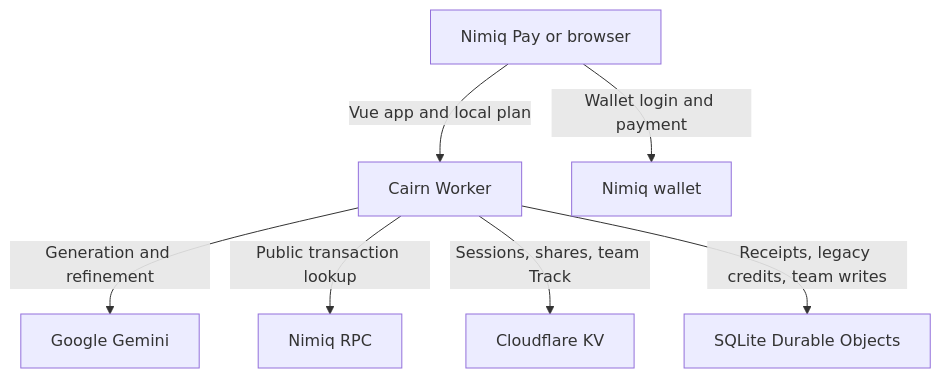
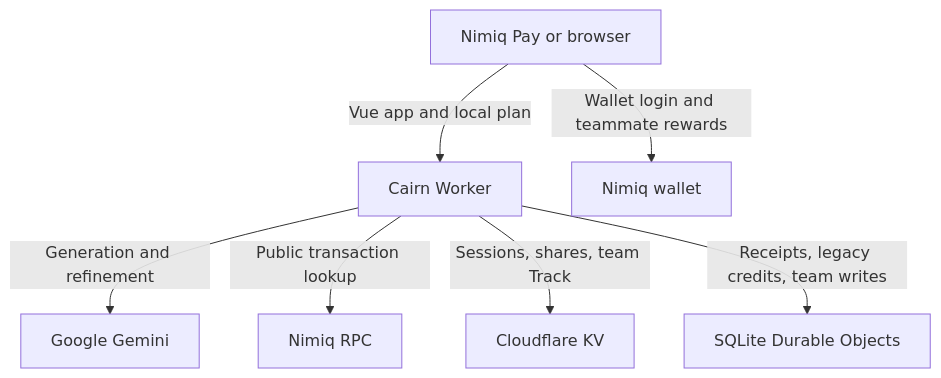
The diagram in docs/architecture.md (Teecash96/Cairn), drawn with Mermaid before and after one commit. The commit also changed other lines of this file and 17 other files, not shown here.

````diff
--- a/docs/architecture.md
+++ b/docs/architecture.md
@@ -7,9 +7,9 @@
 ```mermaid
 flowchart TD
   A["Nimiq Pay or browser"] -->|"Vue app and local plan"| B["Cairn Worker"]
-  A -->|"Wallet login and payment"| C["Nimiq wallet"]
+  A -->|"Wallet login and teammate rewards"| C["Nimiq wallet"]
   B -->|"Generation and refinement"| D["Google Gemini"]
   B -->|"Public transaction lookup"| E["Nimiq RPC"]
   B -->|"Sessions, shares, team Track"| F["Cloudflare KV"]
   B -->|"Receipts, legacy credits, team writes"| G["SQLite Durable Objects"]
 ```
````
